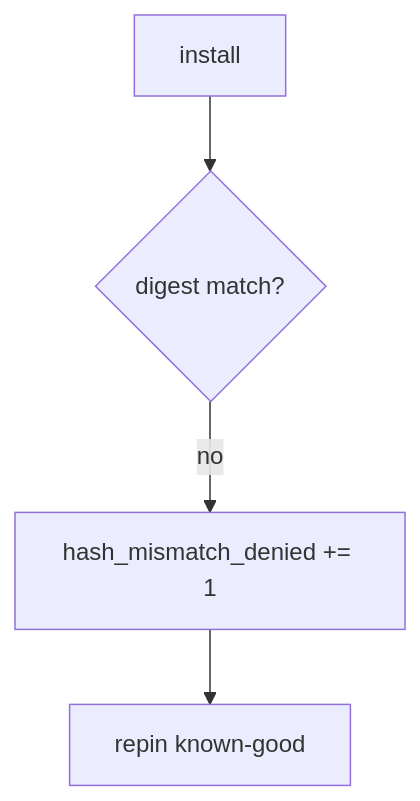
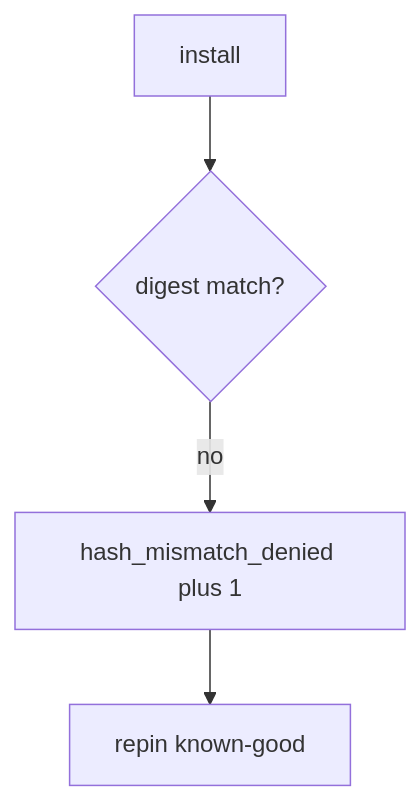
Before and after one commit to ishitvagoel/LearnSecurity: the diagram in content/modules/10/10.2/lessons/06-operate.md, drawn with Mermaid. The commit also changed other lines of this file and 28 other files, not shown here.

````diff
--- a/content/modules/10/10.2/lessons/06-operate.md
+++ b/content/modules/10/10.2/lessons/06-operate.md
@@ -13,6 +13,6 @@
 ```mermaid
 flowchart TD
   Inst[install] --> Eq{digest match?}
-  Eq -->|no| Metric["hash_mismatch_denied += 1"]
+  Eq -->|no| Metric["hash_mismatch_denied plus 1"]
   Metric --> Pin[repin known-good]
 ```
````
